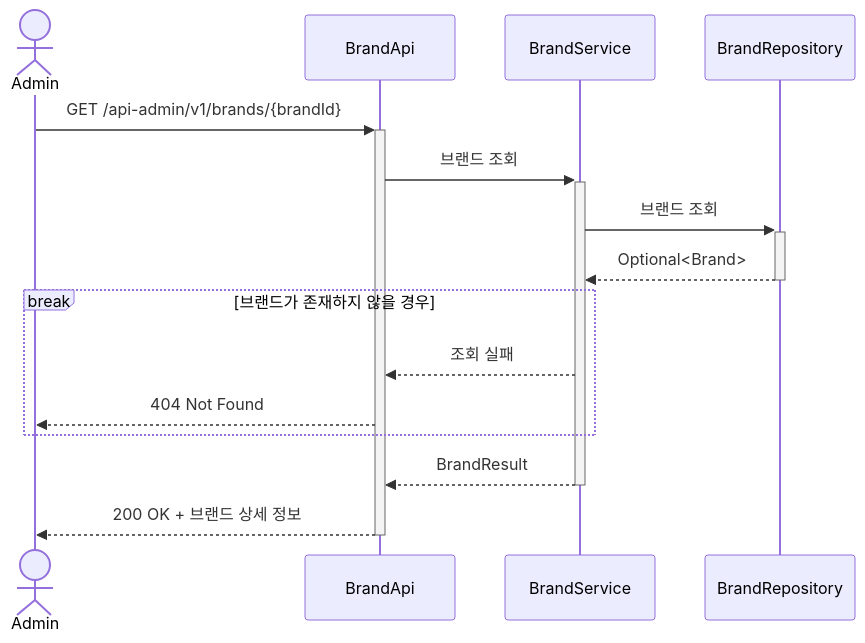
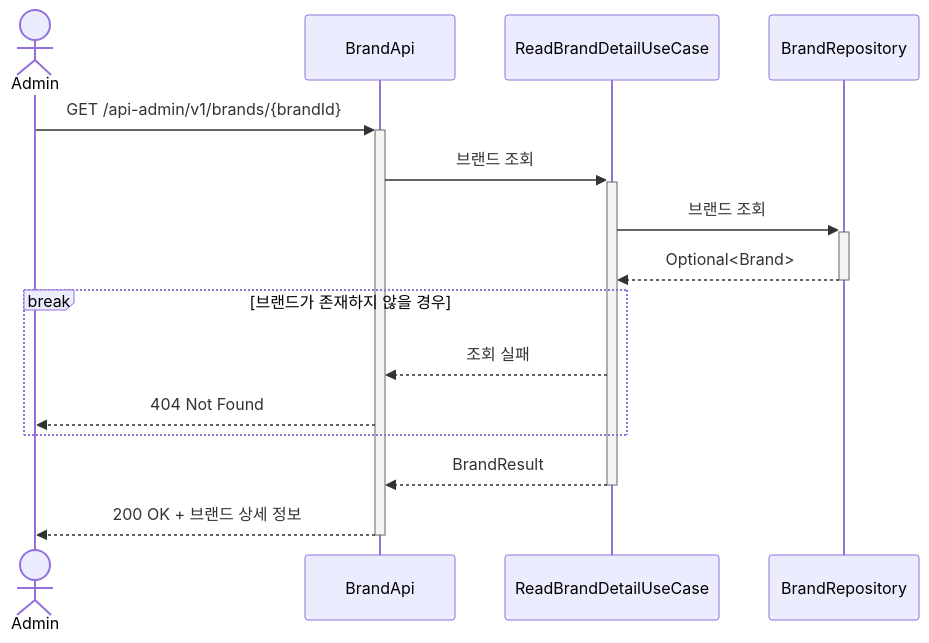
One commit to Loopers-dev-lab/loop-pack-be-l2-vol3-java changed the fifth of 23 diagrams in .docs/design/02-sequence-diagrams.md. Above: the diagram before and after it, drawn with Mermaid. The commit also changed other lines of this file and 88 other files, not shown here.

````diff
--- a/.docs/design/02-sequence-diagrams.md
+++ b/.docs/design/02-sequence-diagrams.md
@@ -178,20 +187,20 @@
 ```mermaid
 sequenceDiagram
     actor Admin
     participant BrandApi
-    participant BrandService
+    participant ReadBrandDetailUseCase
     participant BrandRepository
 
     Admin ->>+ BrandApi: GET /api-admin/v1/brands/{brandId}
-    BrandApi ->>+ BrandService: 브랜드 조회
-    BrandService ->>+ BrandRepository: 브랜드 조회
-    BrandRepository -->>- BrandService: Optional<Brand>
+    BrandApi ->>+ ReadBrandDetailUseCase: 브랜드 조회
+    ReadBrandDetailUseCase ->>+ BrandRepository: 브랜드 조회
+    BrandRepository -->>- ReadBrandDetailUseCase: Optional<Brand>
 
     break 브랜드가 존재하지 않을 경우
-        BrandService -->> BrandApi: 조회 실패
+        ReadBrandDetailUseCase -->> BrandApi: 조회 실패
         BrandApi -->> Admin: 404 Not Found
     end
 
-    BrandService -->>- BrandApi: BrandResult
+    ReadBrandDetailUseCase -->>- BrandApi: BrandResult
     BrandApi -->>- Admin: 200 OK + 브랜드 상세 정보
 ```
````
